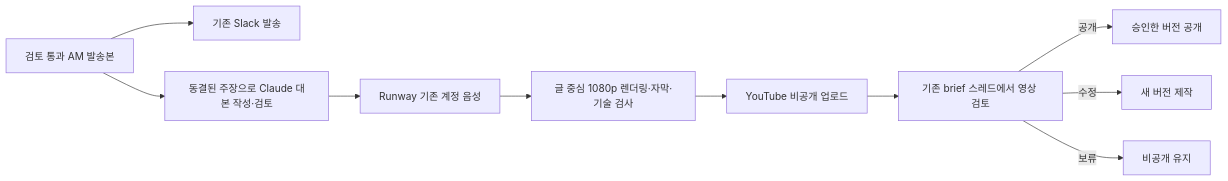
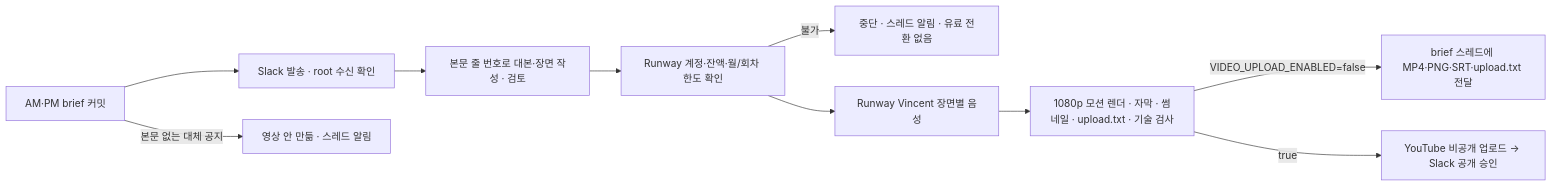
One commit to JJongAchii/quant-ai-company changed the diagram in docs/daily-video.md. Above: the diagram before and after it, drawn with Mermaid. The commit also changed other lines of this file and 23 other files, not shown here.

````diff
--- a/docs/daily-video.md
+++ b/docs/daily-video.md
@@ -8,12 +10,12 @@
 ```mermaid
 flowchart LR
-    B[검토 통과 AM 발송본] --> S[기존 Slack 발송]
-    B --> P[동결된 주장으로 Claude 대본 작성·검토]
-    P --> V[Runway 기존 계정 음성]
-    V --> R[글 중심 1080p 렌더링·자막·기술 검사]
-    R --> Y[YouTube 비공개 업로드]
-    Y --> A[기존 brief 스레드에서 영상 검토]
-    A -->|공개| U[승인한 버전 공개]
-    A -->|수정| N[새 버전 제작]
-    A -->|보류| H[비공개 유지]
+    B[AM·PM brief 커밋] --> S[Slack 발송 · root 수신 확인]
+    B -->|본문 없는 대체 공지| K[영상 안 만듦 · 스레드 알림]
+    S --> P[본문 줄 번호로 대본·장면 작성 · 검토]
+    P --> C[Runway 계정·잔액·월/회차 한도 확인]
+    C -->|불가| X[중단 · 스레드 알림 · 유료 전환 없음]
+    C --> V[Runway Vincent 장면별 음성]
+    V --> R[1080p 모션 렌더 · 자막 · 썸네일 · upload.txt · 기술 검사]
+    R -->|VIDEO_UPLOAD_ENABLED=false| F[brief 스레드에 MP4·PNG·SRT·upload.txt 전달]
+    R -->|true| Y[YouTube 비공개 업로드 → Slack 공개 승인]
 ```
````
